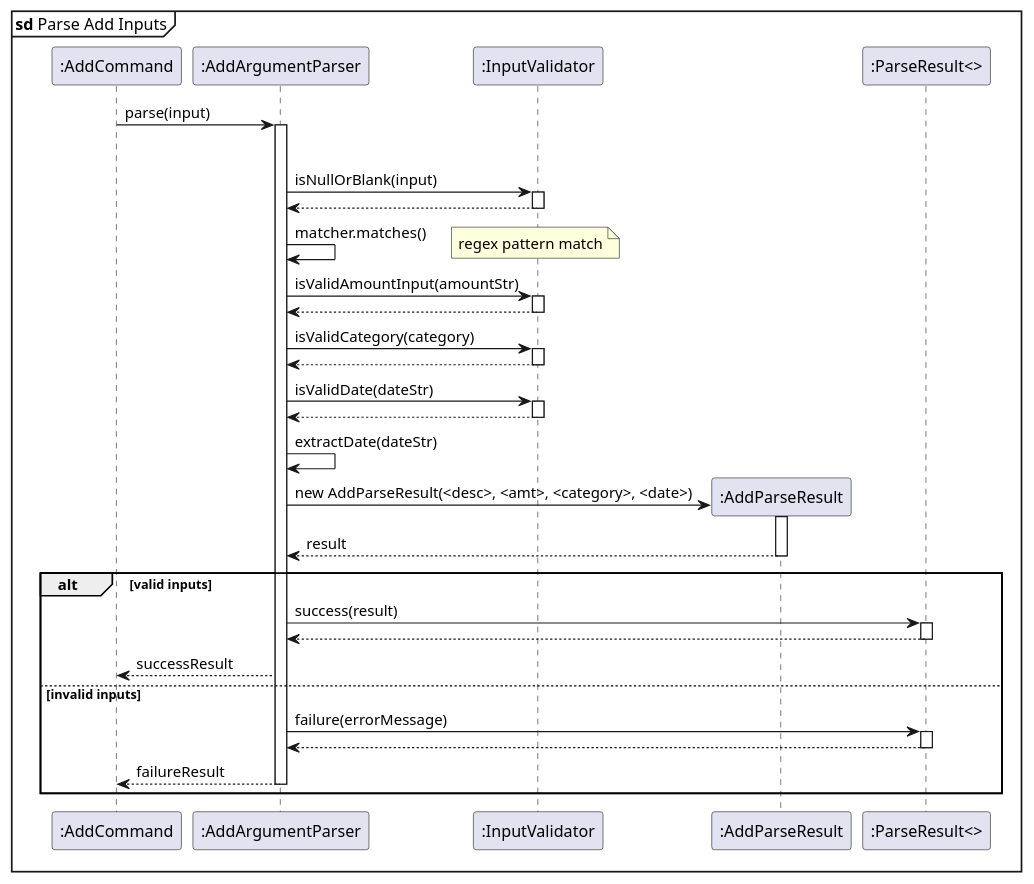
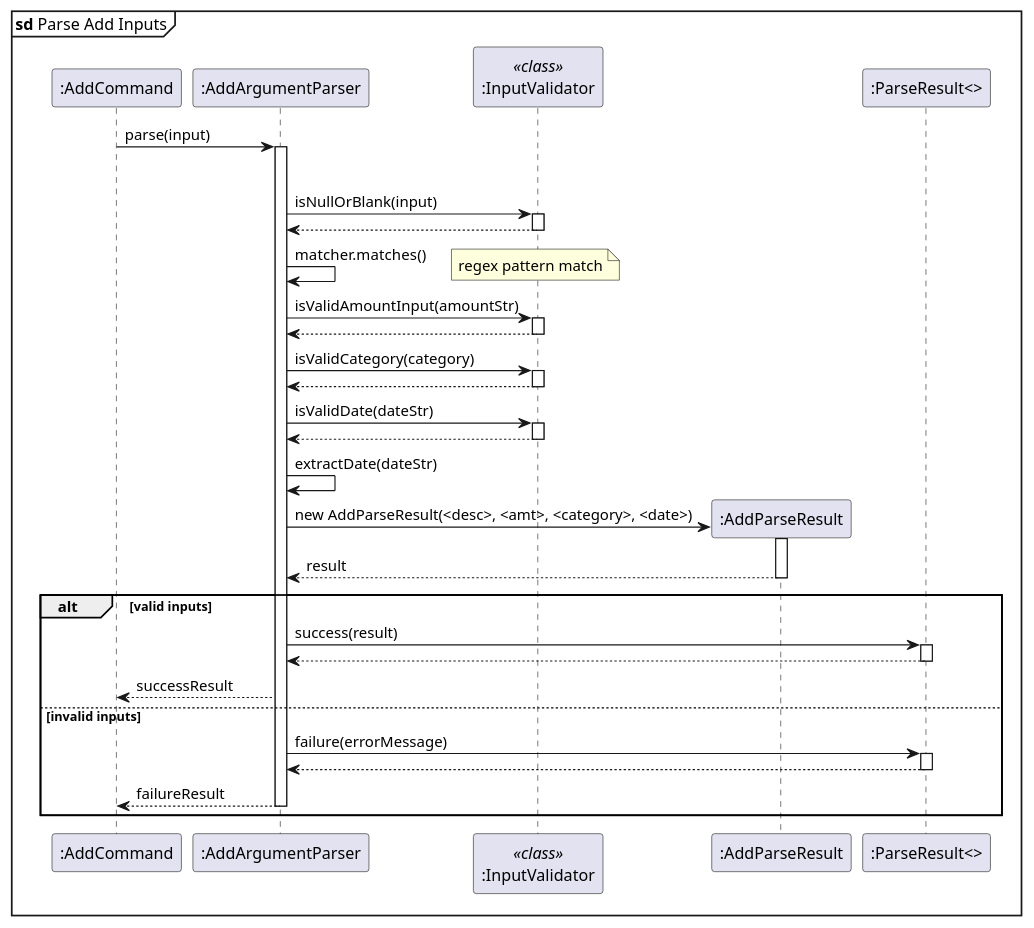
The diagram in docs/diagrams/sequence/add_parse.puml (randust/tp), drawn with PlantUML before and after one commit. The commit also changed 9 other files, not shown here.

```diff
--- a/docs/diagrams/sequence/add_parse.puml
+++ b/docs/diagrams/sequence/add_parse.puml
@@ -1,67 +1,67 @@
-@startuml add
+@startuml add_parse
 
 mainframe **sd** Parse Add Inputs
 
 participant ":AddCommand" as AC
 participant ":AddArgumentParser" as parser
-participant ":InputValidator" as validator
+participant ":InputValidator" as validator <<class>>
 
 AC -> parser: parse(input)
 activate parser
 
 alt valid inputs
 parser -> validator: isNullOrBlank(input)
 activate validator
 validator --> parser:
 deactivate validator
 
 parser -> parser: matcher.matches()
 note right: regex pattern match
 
     parser -> validator: isValidAmountInput(amountStr)
     activate validator
     validator --> parser
     deactivate validator
 
     parser -> validator: isValidCategory(category)
     activate validator
     validator --> parser:
     deactivate validator
 
     parser -> validator: isValidDate(dateStr)
     activate validator
     validator --> parser:
     deactivate validator
 
     parser -> parser: extractDate(dateStr)
 
     create ":AddParseResult" as APR
     parser -> APR: new AddParseResult(<desc>, <amt>, <category>, <date>)
     activate APR
     APR --> parser: result
     deactivate APR
     participant ":ParseResult<>" as PR
 
 alt valid inputs
     parser -> PR: success(result)
     activate PR
     PR --> parser:
     deactivate PR
 
     parser --> AC: successResult
 
 else invalid inputs
 
     parser -> PR: failure(errorMessage)
     activate PR
     PR --> parser:
     deactivate PR
 
     parser --> AC: failureResult
     deactivate parser
 
 end
 
 deactivate parser
 
 @enduml
```
